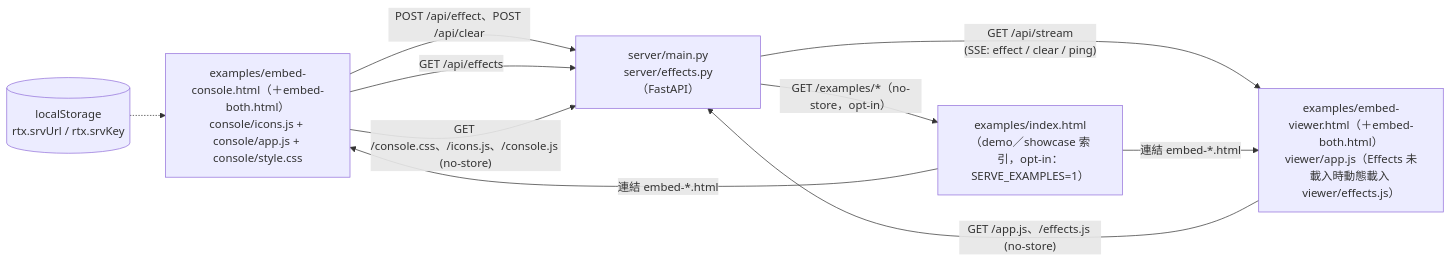
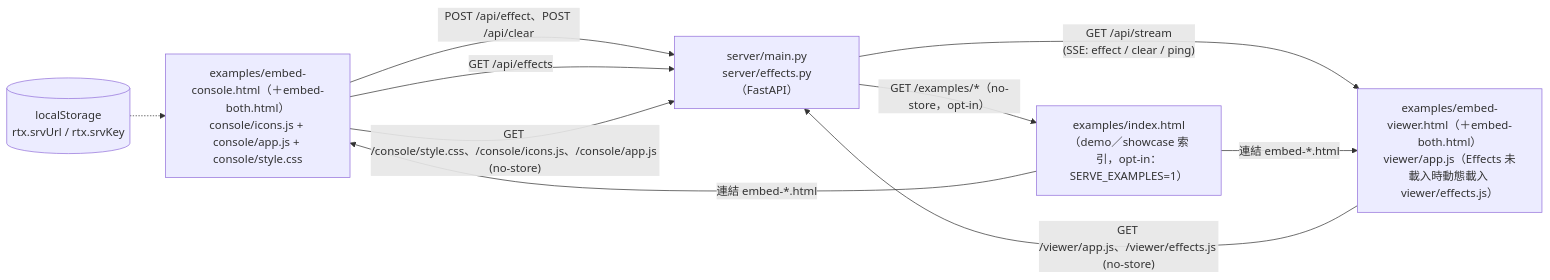
One commit to zivngit/Real-time-Interaction-html changed the first of 6 diagrams in docs/agents/CALL_GRAPH.md. Above: the diagram before and after it, drawn with Mermaid. The commit also changed other lines of this file and 11 other files, not shown here.

````diff
--- a/docs/agents/CALL_GRAPH.md
+++ b/docs/agents/CALL_GRAPH.md
@@ -7,17 +7,17 @@
 ```mermaid
 flowchart LR
     C["examples/embed-console.html（＋embed-both.html）<br/>console/icons.js + console/app.js + console/style.css"]
     S["server/main.py<br/>server/effects.py（FastAPI）"]
     V["examples/embed-viewer.html（＋embed-both.html）<br/>viewer/app.js（Effects 未載入時動態載入 viewer/effects.js）"]
     E["examples/index.html<br/>（demo／showcase 索引，opt-in：SERVE_EXAMPLES=1）"]
     LS[("localStorage<br/>rtx.srvUrl / rtx.srvKey")]
     C -->|"POST /api/effect、POST /api/clear"| S
     C -->|"GET /api/effects"| S
-    C -->|"GET /console.css、/icons.js、/console.js (no-store)"| S
+    C -->|"GET /console/style.css、/console/icons.js、/console/app.js (no-store)"| S
     S -->|"GET /api/stream<br/>(SSE: effect / clear / ping)"| V
-    V -->|"GET /app.js、/effects.js (no-store)"| S
+    V -->|"GET /viewer/app.js、/viewer/effects.js (no-store)"| S
     S -->|"GET /examples/*（no-store，opt-in）"| E
     E -->|"連結 embed-*.html"| C
     E -->|"連結 embed-*.html"| V
     LS -.-> C
 ```
````
